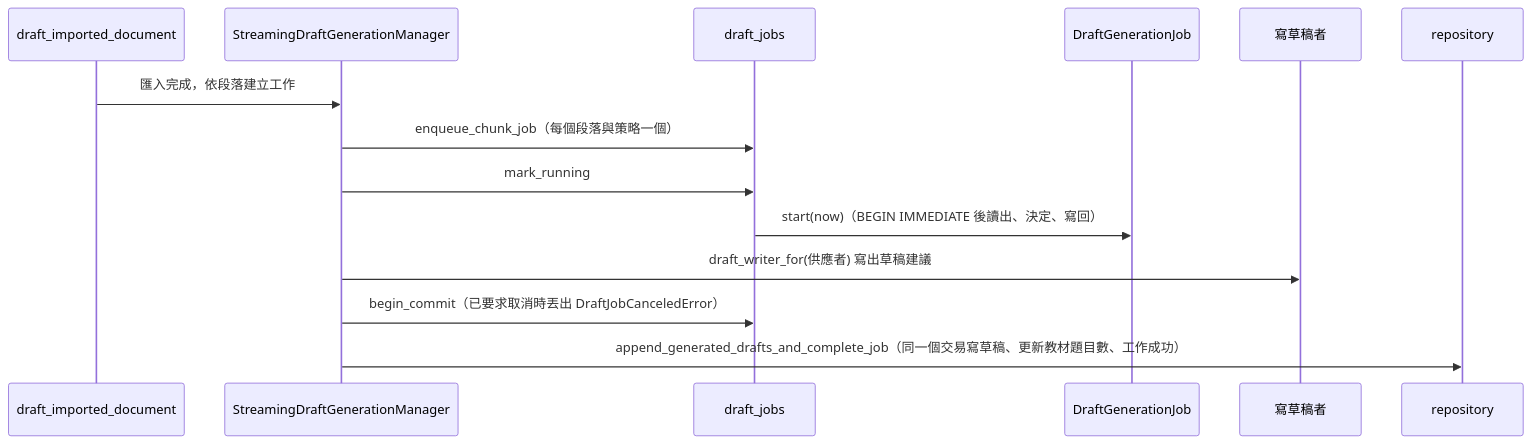
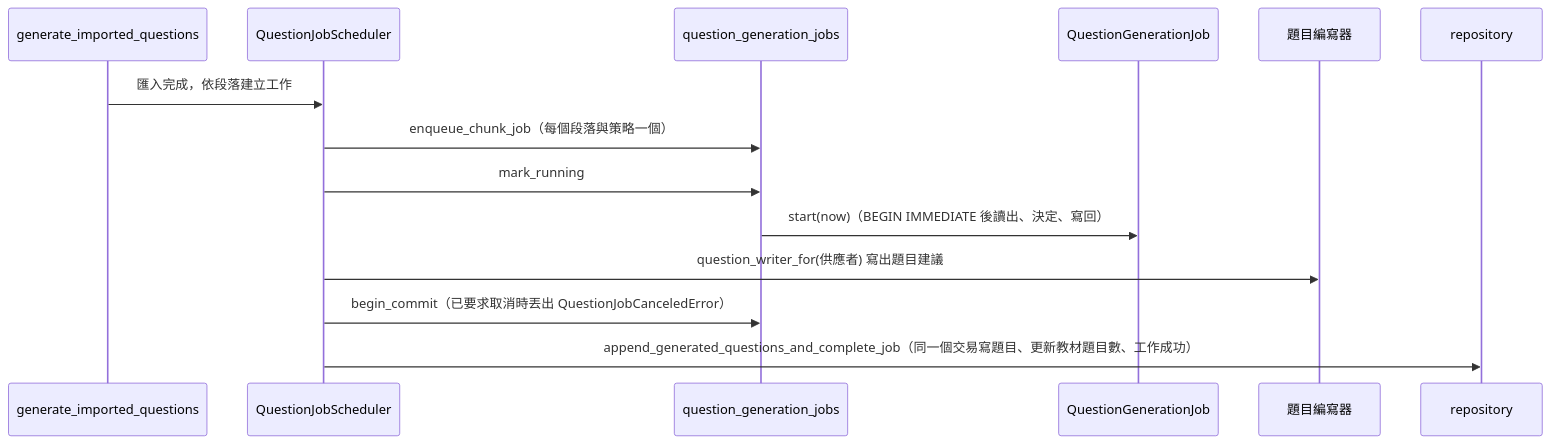
One commit to WodenWang820118/cert-prep changed the third of 4 diagrams in docs/domain/authoring.md. Above: the diagram before and after it, drawn with Mermaid. The commit also changed other lines of this file and 311 other files, not shown here.

````diff
--- a/docs/domain/authoring.md
+++ b/docs/domain/authoring.md
@@ -148,16 +148,16 @@
 ```mermaid
 sequenceDiagram
-  participant Import as draft_imported_document
-  participant Manager as StreamingDraftGenerationManager
-  participant Jobs as draft_jobs
-  participant Job as DraftGenerationJob
-  participant Writer as 寫草稿者
-  participant Drafts as repository
+  participant Import as generate_imported_questions
+  participant Manager as QuestionJobScheduler
+  participant Jobs as question_generation_jobs
+  participant Job as QuestionGenerationJob
+  participant Writer as 題目編寫器
+  participant Questions as repository
   Import->>Manager: 匯入完成，依段落建立工作
   Manager->>Jobs: enqueue_chunk_job（每個段落與策略一個）
   Manager->>Jobs: mark_running
   Jobs->>Job: start(now)（BEGIN IMMEDIATE 後讀出、決定、寫回）
-  Manager->>Writer: draft_writer_for(供應者) 寫出草稿建議
-  Manager->>Jobs: begin_commit（已要求取消時丟出 DraftJobCanceledError）
-  Manager->>Drafts: append_generated_drafts_and_complete_job（同一個交易寫草稿、更新教材題目數、工作成功）
+  Manager->>Writer: question_writer_for(供應者) 寫出題目建議
+  Manager->>Jobs: begin_commit（已要求取消時丟出 QuestionJobCanceledError）
+  Manager->>Questions: append_generated_questions_and_complete_job（同一個交易寫題目、更新教材題目數、工作成功）
 ```
````
